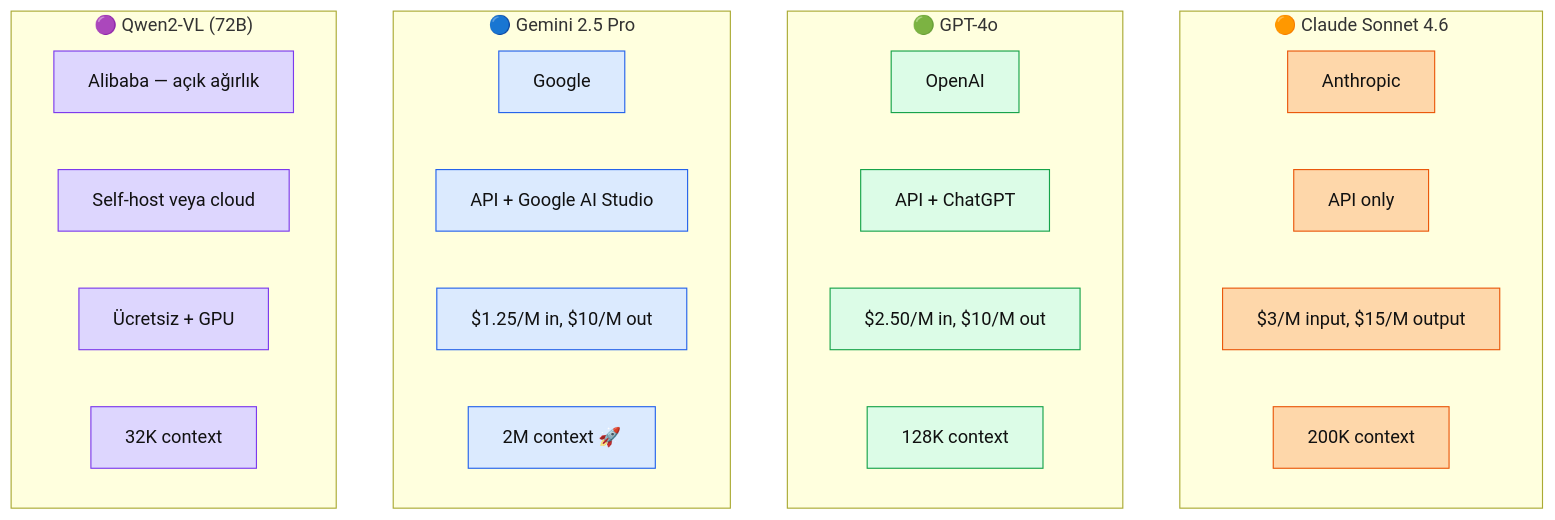
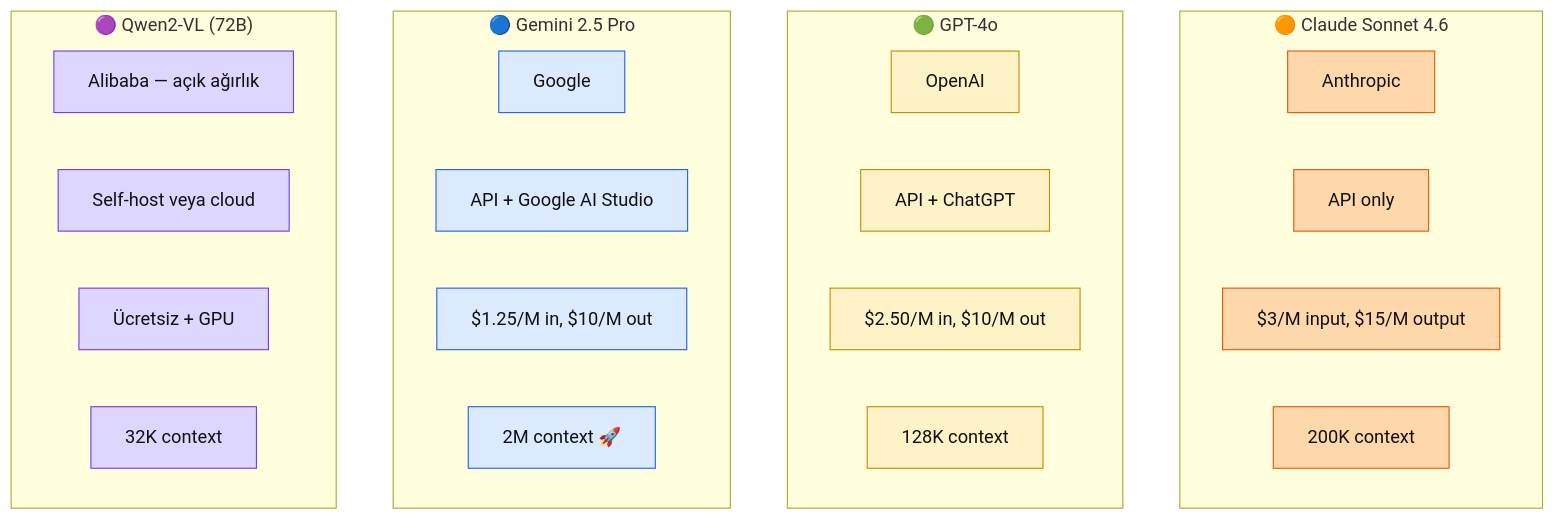
Before and after one commit to KemalG-u/muhendisal-platform: the diagram in docs/bolum-7/04-vision-language.md, drawn with Mermaid. The commit also changed other lines of this file and 20 other files, not shown here.

````diff
--- a/docs/bolum-7/04-vision-language.md
+++ b/docs/bolum-7/04-vision-language.md
@@ -30,39 +31,39 @@
 ```mermaid
 flowchart TB
     subgraph CLAUDE["🟠 Claude Sonnet 4.6"]
         C1[Anthropic]
         C2[API only]
         C3[$3/M input, $15/M output]
         C4[200K context]
     end
 
     subgraph GPT["🟢 GPT-4o"]
         G1[OpenAI]
         G2[API + ChatGPT]
         G3[$2.50/M in, $10/M out]
         G4[128K context]
     end
 
     subgraph GEMINI["🔵 Gemini 2.5 Pro"]
         M1[Google]
         M2[API + Google AI Studio]
         M3[$1.25/M in, $10/M out]
         M4[2M context 🚀]
     end
 
     subgraph QWEN["🟣 Qwen2-VL (72B)"]
         Q1[Alibaba — açık ağırlık]
         Q2[Self-host veya cloud]
         Q3[Ücretsiz + GPU]
         Q4[32K context]
     end
 
     classDef c fill:#fed7aa,stroke:#ea580c,color:#111
-    classDef g fill:#dcfce7,stroke:#16a34a,color:#111
+    classDef g fill:#fef3c7,stroke:#ca8a04,color:#111
     classDef m fill:#dbeafe,stroke:#2563eb,color:#111
     classDef q fill:#ddd6fe,stroke:#7c3aed,color:#111
     class C1,C2,C3,C4 c
     class G1,G2,G3,G4 g
     class M1,M2,M3,M4 m
     class Q1,Q2,Q3,Q4 q
 ```
````
